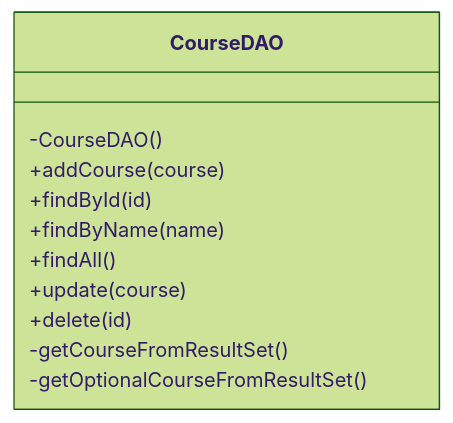
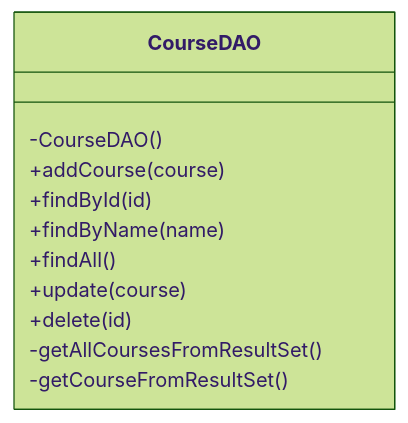
One commit to AndGitRepos/StudentManagerSystem changed the diagram in documentation/ClassDesigns/DAOs/Rev2/CourseDAO_Design_Rev2.mmd. Above: the diagram before and after it, drawn with Mermaid (forest theme). The commit also changed 5 other files, not shown here.

```diff
--- a/documentation/ClassDesigns/DAOs/Rev2/CourseDAO_Design_Rev2.mmd
+++ b/documentation/ClassDesigns/DAOs/Rev2/CourseDAO_Design_Rev2.mmd
@@ -1,13 +1,13 @@
 classDiagram
     class CourseDAO {
         -CourseDAO()
         +addCourse(course)
         +findById(id)
         +findByName(name)
         +findAll()
         +update(course)
         +delete(id)
 
+        -getAllCoursesFromResultSet()
         -getCourseFromResultSet()
-        -getOptionalCourseFromResultSet()
     }
```
